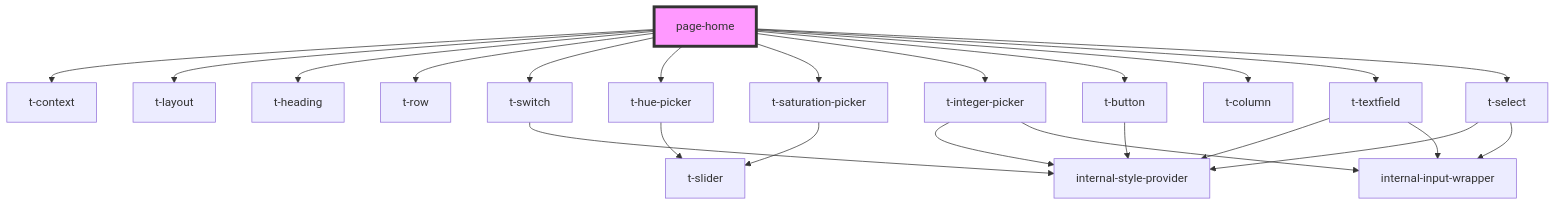
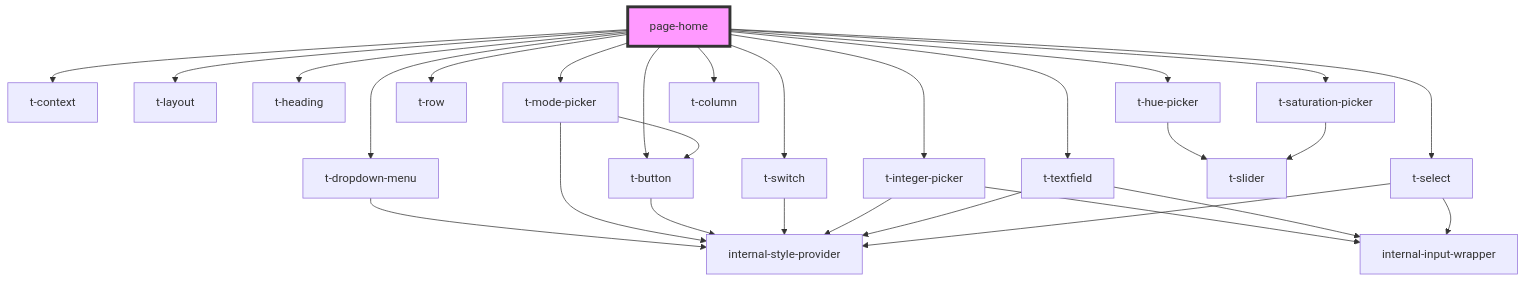
The diagram in src/pages/page-home/readme.md (TomasEng/web-components), drawn with Mermaid before and after one commit. The commit also changed other lines of this file and 34 other files, not shown here.

````diff
--- a/src/pages/page-home/readme.md
+++ b/src/pages/page-home/readme.md
@@ -26,26 +28,31 @@
 ```mermaid
 graph TD;
   page-home --> t-context
   page-home --> t-layout
   page-home --> t-heading
+  page-home --> t-dropdown-menu
+  page-home --> t-mode-picker
   page-home --> t-row
   page-home --> t-switch
   page-home --> t-hue-picker
   page-home --> t-saturation-picker
   page-home --> t-integer-picker
   page-home --> t-button
   page-home --> t-column
   page-home --> t-textfield
   page-home --> t-select
+  t-dropdown-menu --> internal-style-provider
+  t-mode-picker --> internal-style-provider
+  t-mode-picker --> t-button
+  t-button --> internal-style-provider
   t-switch --> internal-style-provider
   t-hue-picker --> t-slider
   t-saturation-picker --> t-slider
   t-integer-picker --> internal-style-provider
   t-integer-picker --> internal-input-wrapper
-  t-button --> internal-style-provider
   t-textfield --> internal-style-provider
   t-textfield --> internal-input-wrapper
   t-select --> internal-style-provider
   t-select --> internal-input-wrapper
   style page-home fill:#f9f,stroke:#333,stroke-width:4px
 ```
````
